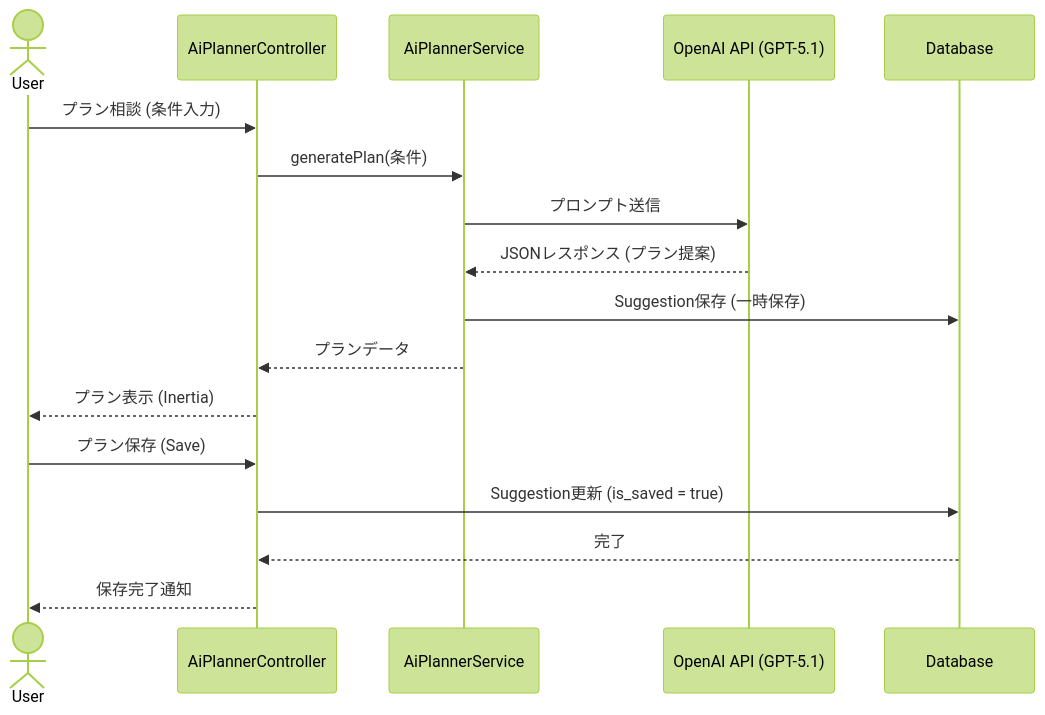
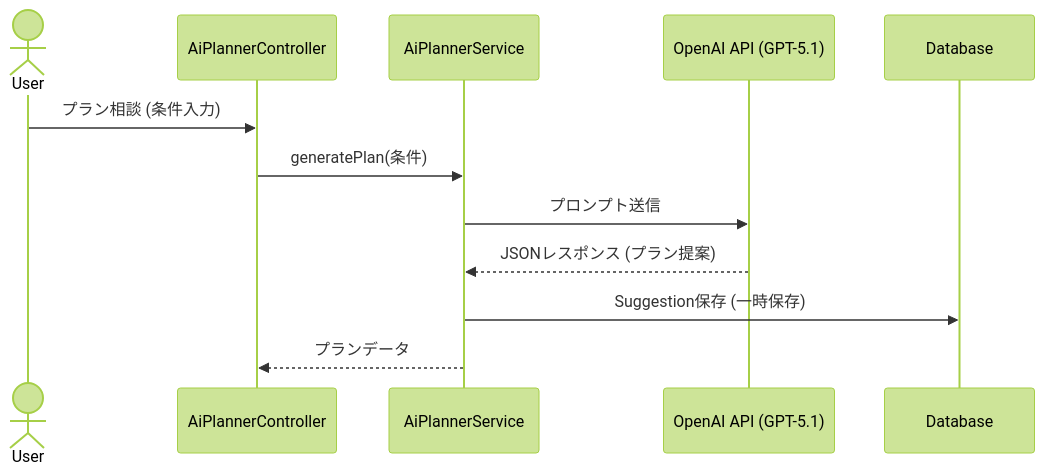
One commit to taichan-33/OmoideAlbum changed the second of 5 diagrams in README.md. Above: the diagram before and after it, drawn with Mermaid (forest theme). The commit also changed other lines of this file, not shown here.

````diff
--- a/README.md
+++ b/README.md
@@ -236,21 +236,15 @@
 ```mermaid
 sequenceDiagram
     actor User
     participant Controller as AiPlannerController
     participant Service as AiPlannerService
     participant Gemini as OpenAI API (GPT-5.1)
     participant DB as Database
 
     User->>Controller: プラン相談 (条件入力)
     Controller->>Service: generatePlan(条件)
     Service->>Gemini: プロンプト送信
     Gemini-->>Service: JSONレスポンス (プラン提案)
     Service->>DB: Suggestion保存 (一時保存)
     Service-->>Controller: プランデータ
-    Controller-->>User: プラン表示 (Inertia)
-
-    User->>Controller: プラン保存 (Save)
-    Controller->>DB: Suggestion更新 (is_saved = true)
-    DB-->>Controller: 完了
-    Controller-->>User: 保存完了通知
 ```
````
